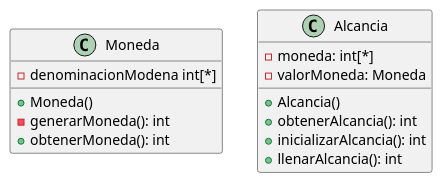
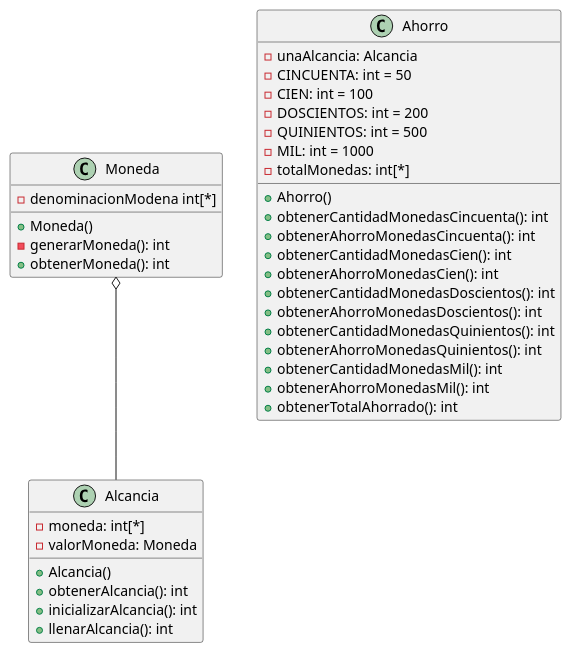
The diagram in Proyectos/Alcancia/alcancia.puml (coscristian/Estructuras-de-datos), drawn with PlantUML before and after one commit. The commit also changed 2 other files, not shown here.

Commit message:
Commit clase Ahorro

```diff
--- a/Proyectos/Alcancia/alcancia.puml
+++ b/Proyectos/Alcancia/alcancia.puml
@@ -1,19 +1,43 @@
 @startuml ProyectoAlcancia 
 
 class Moneda {
     - denominacionModena int[*] 
     + Moneda()
     - generarMoneda(): int
     + obtenerMoneda(): int
 }
 
 class Alcancia {
     - moneda: int[*]
     - valorMoneda: Moneda
     + Alcancia()
     + obtenerAlcancia(): int
     + inicializarAlcancia(): int
     + llenarAlcancia(): int
 }
 
+class Ahorro {
+    - unaAlcancia: Alcancia
+    - CINCUENTA: int = 50
+    - CIEN: int = 100
+    - DOSCIENTOS: int = 200
+    - QUINIENTOS: int = 500
+    - MIL: int = 1000
+    - totalMonedas: int[*]
+    + Ahorro()
+    + obtenerCantidadMonedasCincuenta(): int
+    + obtenerAhorroMonedasCincuenta(): int
+    + obtenerCantidadMonedasCien(): int
+    + obtenerAhorroMonedasCien(): int
+    + obtenerCantidadMonedasDoscientos(): int
+    + obtenerAhorroMonedasDoscientos(): int
+    + obtenerCantidadMonedasQuinientos(): int
+    + obtenerAhorroMonedasQuinientos(): int
+    + obtenerCantidadMonedasMil(): int
+    + obtenerAhorroMonedasMil(): int
+    + obtenerTotalAhorrado(): int
+}
+
+Moneda o-- Alcancia
+
 @endluml
```
